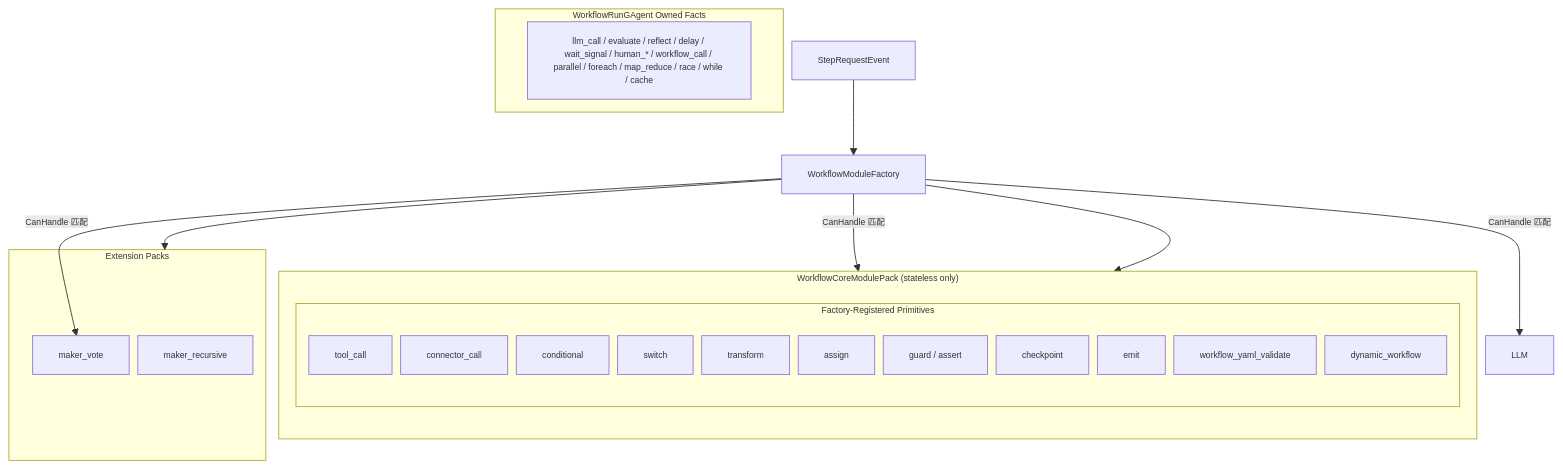
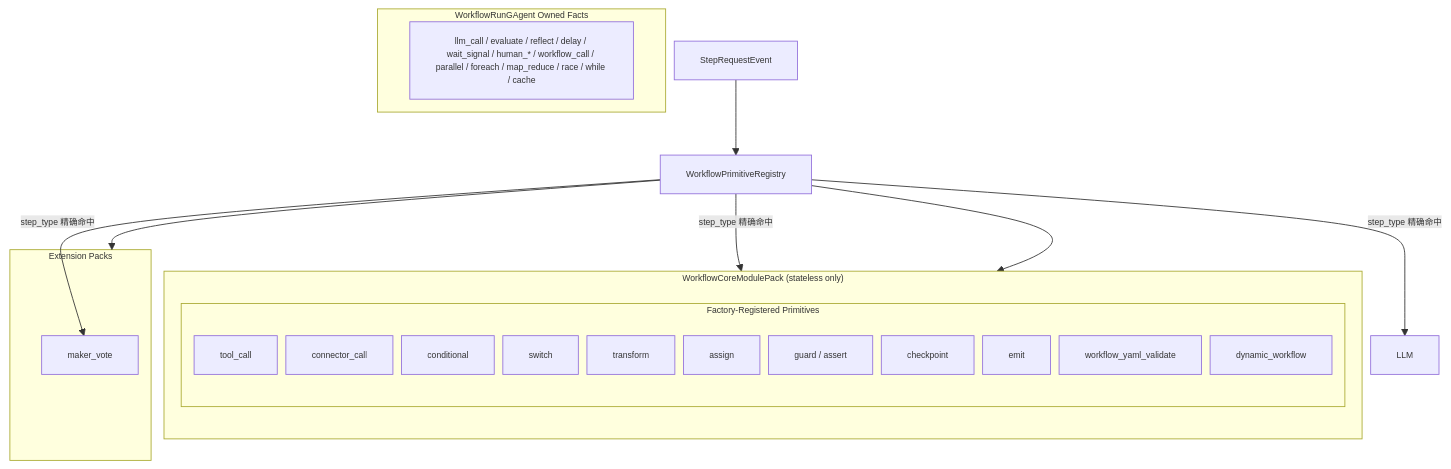
The seventh of 19 diagrams in docs/architecture/AEVATAR_MAINNET_ARCHITECTURE.md (aevatarAI/aevatar), drawn with Mermaid before and after one commit. The commit also changed other lines of this file and 58 other files, not shown here.

First line of the commit message:
Remove recursive MAKER workflow and update related documentation

````diff
--- a/docs/architecture/AEVATAR_MAINNET_ARCHITECTURE.md
+++ b/docs/architecture/AEVATAR_MAINNET_ARCHITECTURE.md
@@ -359,36 +359,35 @@
 ```mermaid
 %%{init: {"maxTextSize": 100000, "flowchart": {"useMaxWidth": false, "nodeSpacing": 10, "rankSpacing": 50}, "themeVariables": {"fontSize": "10px"}}}%%
 flowchart TB
     subgraph core_pack ["WorkflowCoreModulePack (stateless only)"]
         direction TB
         subgraph supported_modules ["Factory-Registered Primitives"]
             Tool["tool_call"]
             Conn["connector_call"]
             Cond["conditional"]
             Switch["switch"]
             Transform["transform"]
             Assign["assign"]
             Guard["guard / assert"]
             Checkpoint["checkpoint"]
             Emit["emit"]
             Validate["workflow_yaml_validate"]
             Dynamic["dynamic_workflow"]
         end
     end
 
     subgraph run_owned ["WorkflowRunGAgent Owned Facts"]
         RunOwned["llm_call / evaluate / reflect / delay / wait_signal / human_* / workflow_call / parallel / foreach / map_reduce / race / while / cache"]
     end
 
     subgraph ext_pack ["Extension Packs"]
         MakerVote["maker_vote"]
-        MakerRecursive["maker_recursive"]
     end
 
-    Factory["WorkflowModuleFactory"] --> core_pack
-    Factory --> ext_pack
-    StepReq["StepRequestEvent"] --> Factory
-    Factory -->|"CanHandle 匹配"| LLM
-    Factory -->|"CanHandle 匹配"| Conn
-    Factory -->|"CanHandle 匹配"| MakerVote
+    Registry["WorkflowPrimitiveRegistry"] --> core_pack
+    Registry --> ext_pack
+    StepReq["StepRequestEvent"] --> Registry
+    Registry -->|"step_type 精确命中"| LLM
+    Registry -->|"step_type 精确命中"| Conn
+    Registry -->|"step_type 精确命中"| MakerVote
 ```
````
